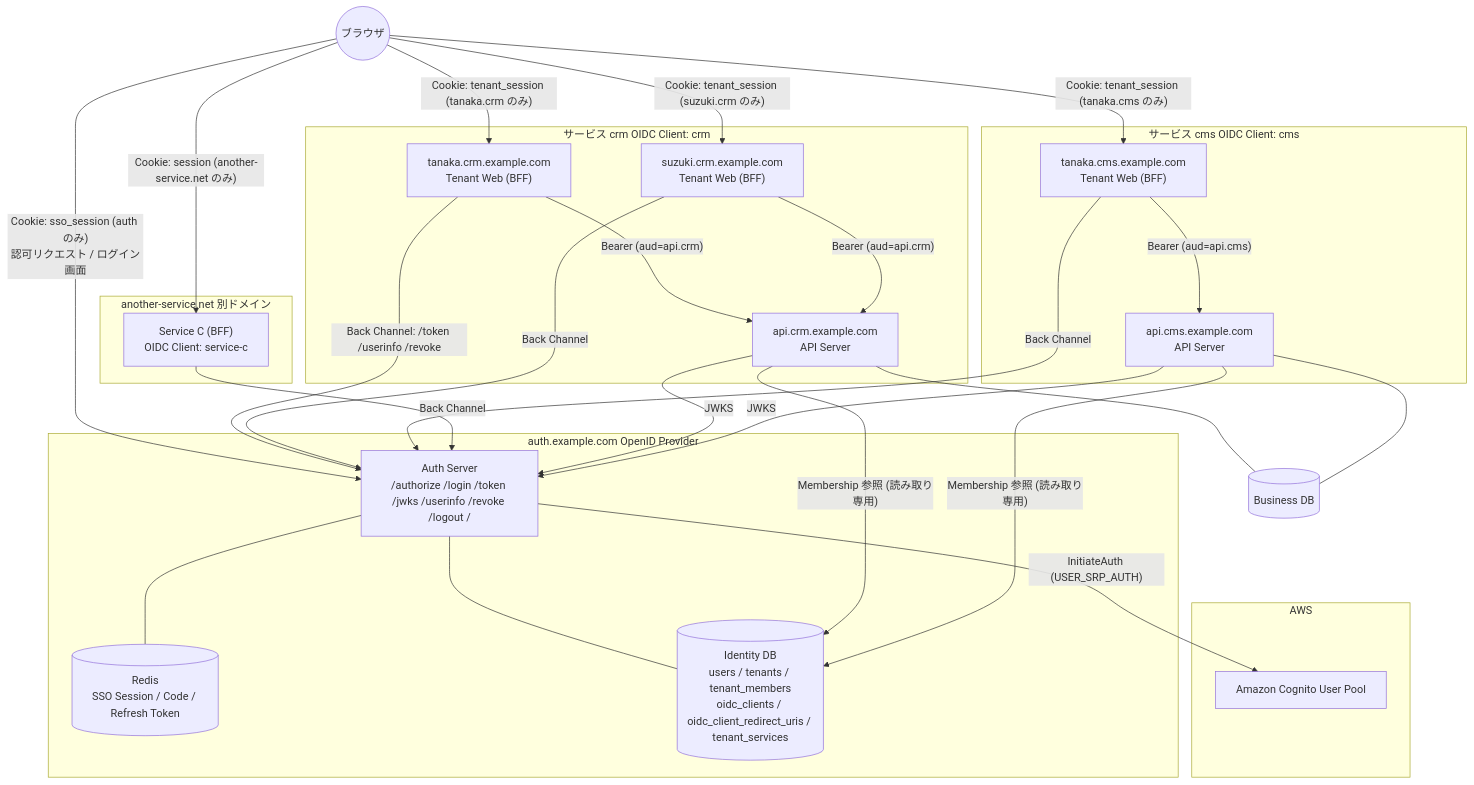
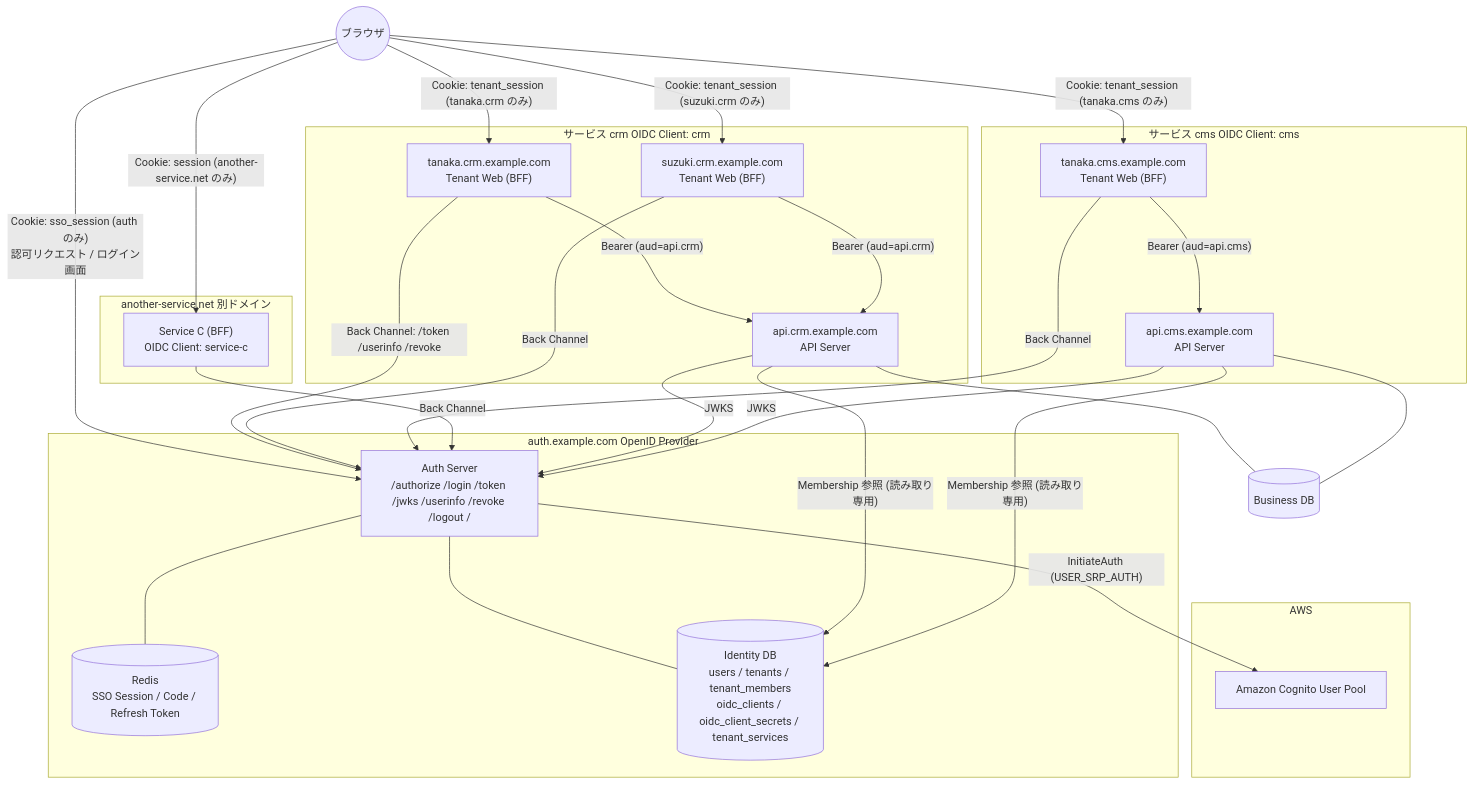
Before and after one commit to daisuke-tanabe/multi-domain-sandbox: the first of 10 diagrams in docs/integration-guide.md, drawn with Mermaid. The commit also changed other lines of this file and 120 other files, not shown here.

````diff
--- a/docs/integration-guide.md
+++ b/docs/integration-guide.md
@@ -72,50 +72,50 @@
 ```mermaid
 flowchart TB
     User((ブラウザ))
 
     subgraph AWS
         Cognito["Amazon Cognito User Pool"]
     end
 
     subgraph AuthLayer ["auth.example.com  OpenID Provider"]
         Auth["Auth Server<br/>/authorize /login /token /jwks /userinfo /revoke /logout /"]
         SsoStore[("Redis<br/>SSO Session / Code / Refresh Token")]
-        IdDB[("Identity DB<br/>users / tenants / tenant_members<br/>oidc_clients / oidc_client_redirect_uris / tenant_services")]
+        IdDB[("Identity DB<br/>users / tenants / tenant_members<br/>oidc_clients / oidc_client_secrets / tenant_services")]
         Auth --- SsoStore
         Auth --- IdDB
     end
 
     subgraph CRM ["サービス crm  OIDC Client: crm"]
         WebCrmA["tanaka.crm.example.com<br/>Tenant Web (BFF)"]
         WebCrmB["suzuki.crm.example.com<br/>Tenant Web (BFF)"]
         ApiCrm["api.crm.example.com<br/>API Server"]
     end
     subgraph CMS ["サービス cms  OIDC Client: cms"]
         WebCmsA["tanaka.cms.example.com<br/>Tenant Web (BFF)"]
         ApiCms["api.cms.example.com<br/>API Server"]
     end
     subgraph Other ["another-service.net  別ドメイン"]
         WebC["Service C (BFF)<br/>OIDC Client: service-c"]
     end
     BizDB[("Business DB")]
 
     User -- "Cookie: tenant_session (tanaka.crm のみ)" --> WebCrmA
     User -- "Cookie: tenant_session (suzuki.crm のみ)" --> WebCrmB
     User -- "Cookie: tenant_session (tanaka.cms のみ)" --> WebCmsA
     User -- "Cookie: session (another-service.net のみ)" --> WebC
     User -- "Cookie: sso_session (auth のみ)<br/>認可リクエスト / ログイン画面" --> Auth
     Auth -- "InitiateAuth (USER_SRP_AUTH)" --> Cognito
     WebCrmA -- "Back Channel: /token /userinfo /revoke" --> Auth
     WebCrmB -- "Back Channel" --> Auth
     WebCmsA -- "Back Channel" --> Auth
     WebC -- "Back Channel" --> Auth
     WebCrmA -- "Bearer (aud=api.crm)" --> ApiCrm
     WebCrmB -- "Bearer (aud=api.crm)" --> ApiCrm
     WebCmsA -- "Bearer (aud=api.cms)" --> ApiCms
     ApiCrm --- BizDB
     ApiCms --- BizDB
     ApiCrm -- "Membership 参照 (読み取り専用)" --> IdDB
     ApiCms -- "Membership 参照 (読み取り専用)" --> IdDB
     ApiCrm -- "JWKS" --> Auth
     ApiCms -- "JWKS" --> Auth
 ```
````
